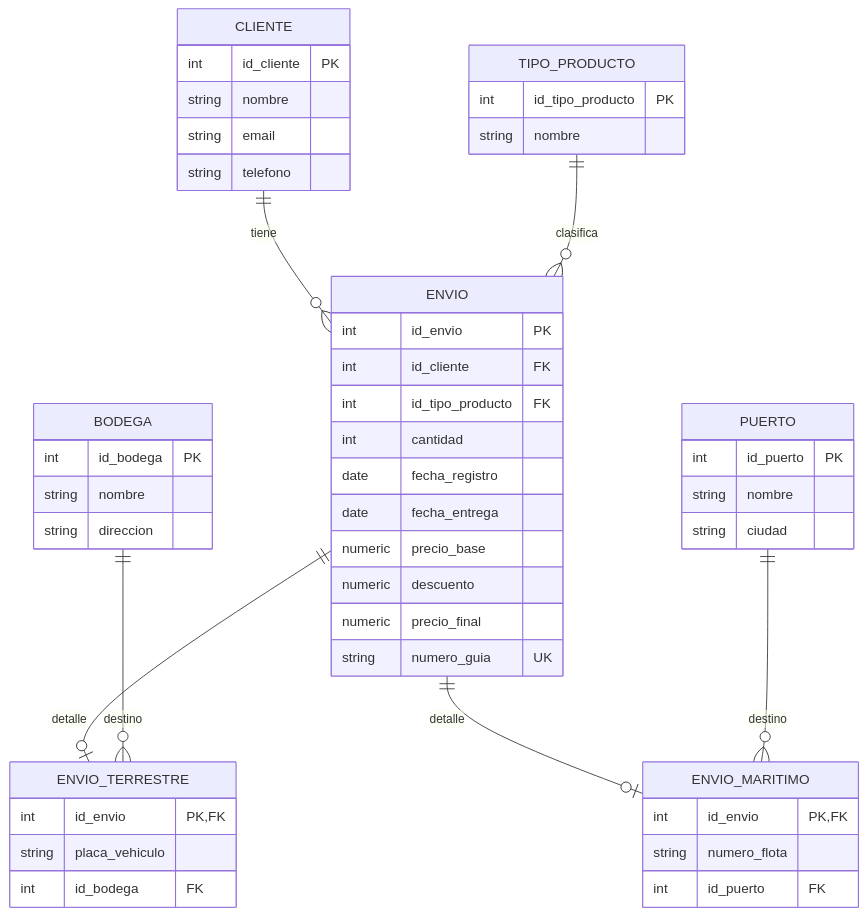
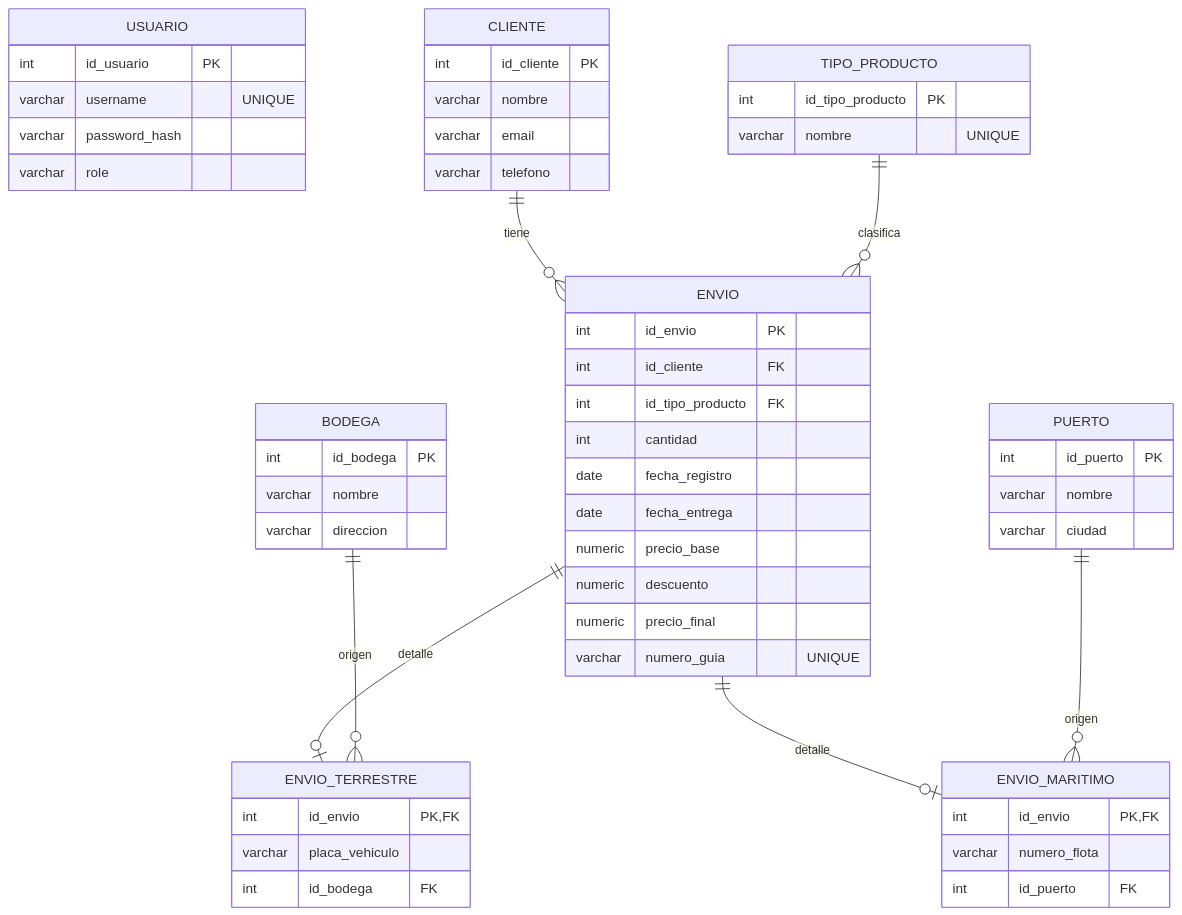
The diagram in docs/DIAGRAMA_ER.md (MauricioChavarria/PLATAFORMA_LOGISTICA), drawn with Mermaid before and after one commit. The commit also changed other lines of this file and 25 other files, not shown here.

````diff
--- a/docs/DIAGRAMA_ER.md
+++ b/docs/DIAGRAMA_ER.md
@@ -5,60 +3,67 @@
 ```mermaid
 erDiagram
+  USUARIO {
+    int id_usuario PK
+    varchar username "UNIQUE"
+    varchar password_hash
+    varchar role
+  }
+
   CLIENTE {
     int id_cliente PK
-    string nombre
-    string email
-    string telefono
+    varchar nombre
+    varchar email
+    varchar telefono
   }
 
   TIPO_PRODUCTO {
     int id_tipo_producto PK
-    string nombre
+    varchar nombre "UNIQUE"
   }
 
   BODEGA {
     int id_bodega PK
-    string nombre
-    string direccion
+    varchar nombre
+    varchar direccion
   }
 
   PUERTO {
     int id_puerto PK
-    string nombre
-    string ciudad
+    varchar nombre
+    varchar ciudad
   }
 
   ENVIO {
     int id_envio PK
     int id_cliente FK
     int id_tipo_producto FK
     int cantidad
     date fecha_registro
     date fecha_entrega
     numeric precio_base
     numeric descuento
     numeric precio_final
-    string numero_guia UK
+    varchar numero_guia "UNIQUE"
   }
 
   ENVIO_TERRESTRE {
     int id_envio PK, FK
-    string placa_vehiculo
+    varchar placa_vehiculo
     int id_bodega FK
   }
 
   ENVIO_MARITIMO {
     int id_envio PK, FK
-    string numero_flota
+    varchar numero_flota
     int id_puerto FK
   }
 
   CLIENTE ||--o{ ENVIO : "tiene"
   TIPO_PRODUCTO ||--o{ ENVIO : "clasifica"
 
   ENVIO ||--o| ENVIO_TERRESTRE : "detalle"
   ENVIO ||--o| ENVIO_MARITIMO : "detalle"
 
-  BODEGA ||--o{ ENVIO_TERRESTRE : "destino"
-  PUERTO ||--o{ ENVIO_MARITIMO : "destino"
+  BODEGA ||--o{ ENVIO_TERRESTRE : "origen"
+  PUERTO ||--o{ ENVIO_MARITIMO : "origen"
 ```
````
